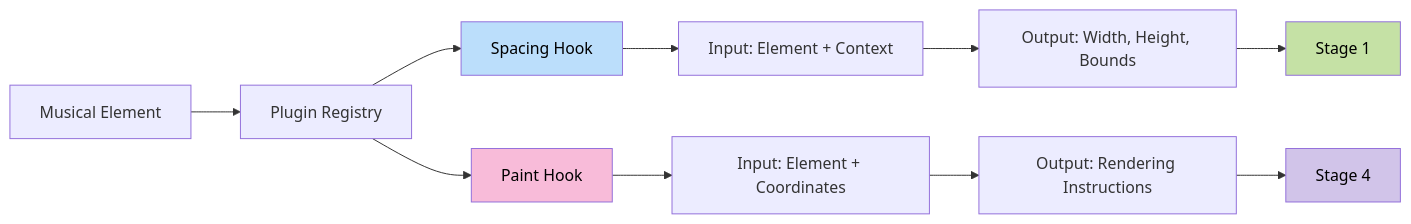
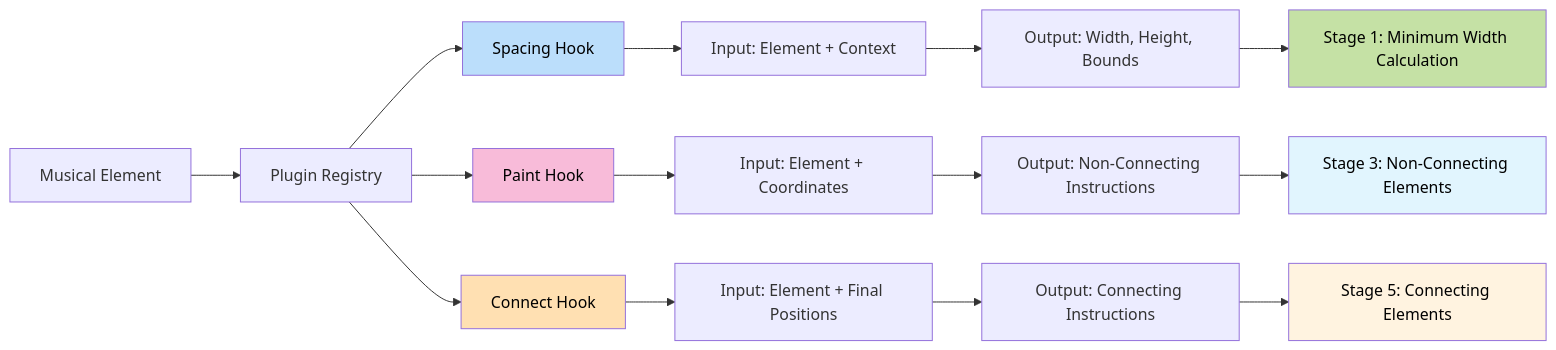
One commit to PeterBengtson/Ooloi-docs changed the third of 6 diagrams in ADRs/0028-Hierarchical-Rendering-Pipeline.md. Above: the diagram before and after it, drawn with Mermaid. The commit also changed other lines of this file, not shown here.

````diff
--- a/ADRs/0028-Hierarchical-Rendering-Pipeline.md
+++ b/ADRs/0028-Hierarchical-Rendering-Pipeline.md
@@ -191,20 +191,27 @@
 ```mermaid
 flowchart LR
     A[Musical Element] --> B[Plugin Registry]
     B --> C[Spacing Hook]
     B --> D[Paint Hook]
-    
+    B --> E[Connect Hook]
+
     C --> C1[Input: Element + Context]
     C1 --> C2[Output: Width, Height, Bounds]
-    
+
     D --> D1[Input: Element + Coordinates]
-    D1 --> D2[Output: Rendering Instructions]
-    
-    C2 --> E[Stage 1]
-    D2 --> F[Stage 4]
-    
+    D1 --> D2[Output: Non-Connecting Instructions]
+
+    E --> E1[Input: Element + Final Positions]
+    E1 --> E2[Output: Connecting Instructions]
+
+    C2 --> F[Stage 1: Minimum Width Calculation]
+    D2 --> G[Stage 3: Non-Connecting Elements]
+    E2 --> H[Stage 5: Connecting Elements]
+
     style C fill:#bbdefb,color:#000
     style D fill:#f8bbd9,color:#000
-    style E fill:#c5e1a5,color:#000
-    style F fill:#d1c4e9,color:#000
+    style E fill:#ffe0b2,color:#000
+    style F fill:#c5e1a5,color:#000
+    style G fill:#e1f5fe,color:#000
+    style H fill:#fff3e0,color:#000
 ```
````
